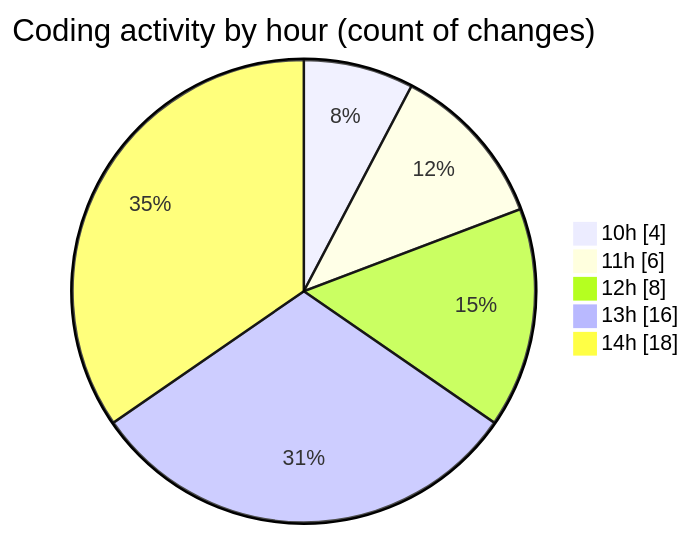
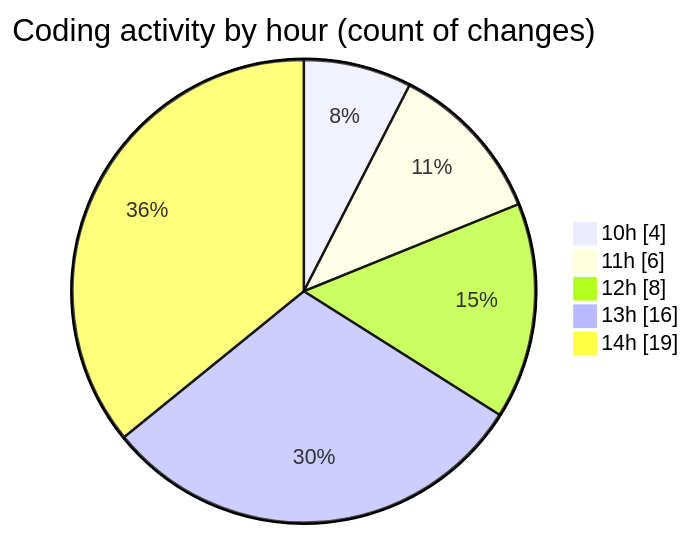
One commit to LanceThiago/code-tracking changed the second of 2 diagrams in 2025-10-03/totem2/README.md. Above: the diagram before and after it, drawn with Mermaid. The commit also changed other lines of this file and 1 other file, not shown here.

````diff
--- a/2025-10-03/totem2/README.md
+++ b/2025-10-03/totem2/README.md
@@ -30,9 +30,9 @@
 ```mermaid
 pie showData
 title Coding activity by hour (count of changes)
 "10h" : 4
 "11h" : 6
 "12h" : 8
 "13h" : 16
-"14h" : 18
+"14h" : 19
 ```
````
